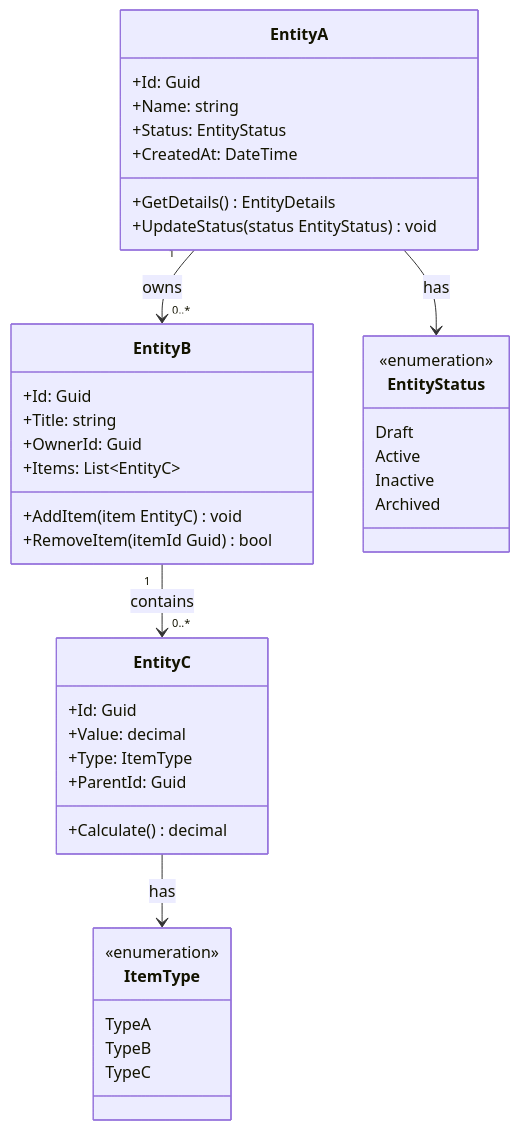
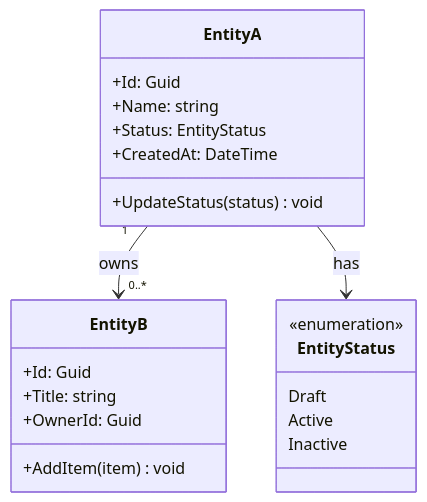
Before and after one commit to frostaura/ai.toolkit.gaia: the second of 6 diagrams in .gaia/designs/2-class.md, drawn with Mermaid. The commit also changed other lines of this file and 4 other files, not shown here.

````diff
--- a/.gaia/designs/2-class.md
+++ b/.gaia/designs/2-class.md
@@ -70,50 +52,27 @@
 ```mermaid
 classDiagram
-    %% Primary domain entities derived from **use cases**
     class EntityA {
         +Id: Guid
         +Name: string
         +Status: EntityStatus
         +CreatedAt: DateTime
-        +GetDetails() EntityDetails
-        +UpdateStatus(status EntityStatus) void
+        +UpdateStatus(status) void
     }
     
     class EntityB {
         +Id: Guid
         +Title: string
         +OwnerId: Guid
-        +Items: List~EntityC~
-        +AddItem(item EntityC) void
-        +RemoveItem(itemId Guid) bool
-    }
-    
-    class EntityC {
-        +Id: Guid
-        +Value: decimal
-        +Type: ItemType
-        +ParentId: Guid
-        +Calculate() decimal
+        +AddItem(item) void
     }
     
     class EntityStatus {
         <<enumeration>>
         Draft
         Active
         Inactive
-        Archived
     }
     
-    class ItemType {
-        <<enumeration>>
-        TypeA
-        TypeB
-        TypeC
-    }
-    
-    %% Relationships based on business rules
     EntityA "1" --> "0..*" EntityB: owns
-    EntityB "1" --> "0..*" EntityC: contains
     EntityA --> EntityStatus: has
-    EntityC --> ItemType: has
 ```
````
